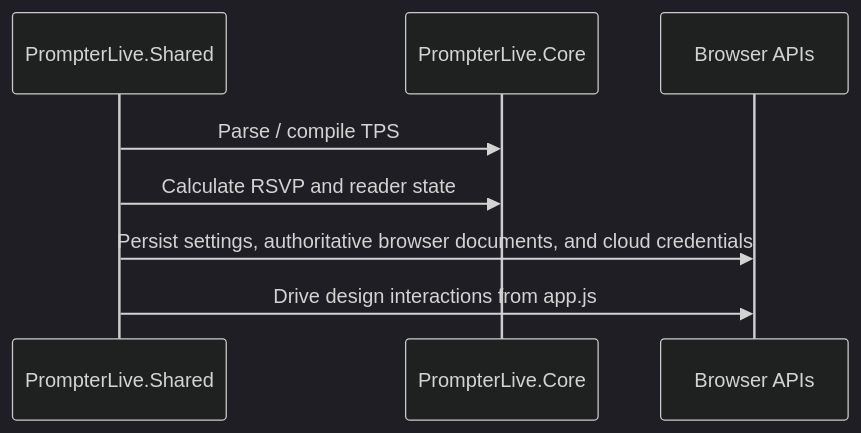
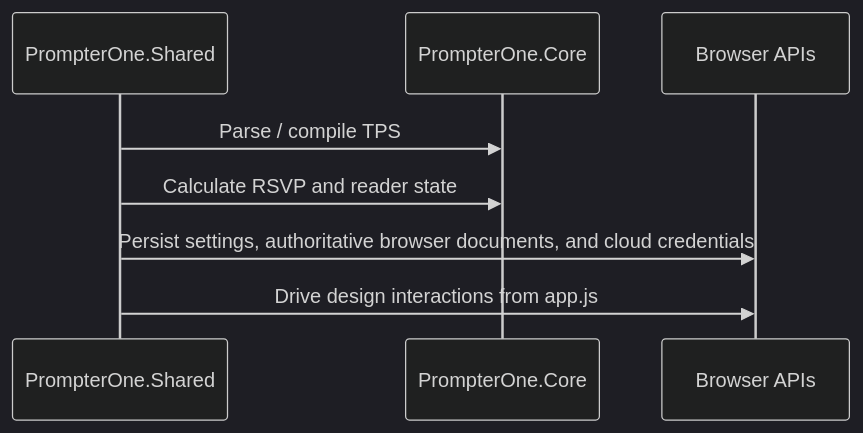
One commit to managedcode/PrompterOne changed diagram 11 of 12 in docs/Architecture.md. Above: the diagram before and after it, drawn with Mermaid (dark theme). The commit also changed other lines of this file and 895 other files, not shown here.

Commit message:
rename to PrompterOne

````diff
--- a/docs/Architecture.md
+++ b/docs/Architecture.md
@@ -431,11 +431,11 @@
 ```mermaid
 sequenceDiagram
-    participant Shared as PrompterLive.Shared
-    participant Core as PrompterLive.Core
+    participant Shared as PrompterOne.Shared
+    participant Core as PrompterOne.Core
     participant Browser as Browser APIs
 
     Shared->>Core: Parse / compile TPS
     Shared->>Core: Calculate RSVP and reader state
     Shared->>Browser: Persist settings, authoritative browser documents, and cloud credentials
     Shared->>Browser: Drive design interactions from app.js
 ```
````
